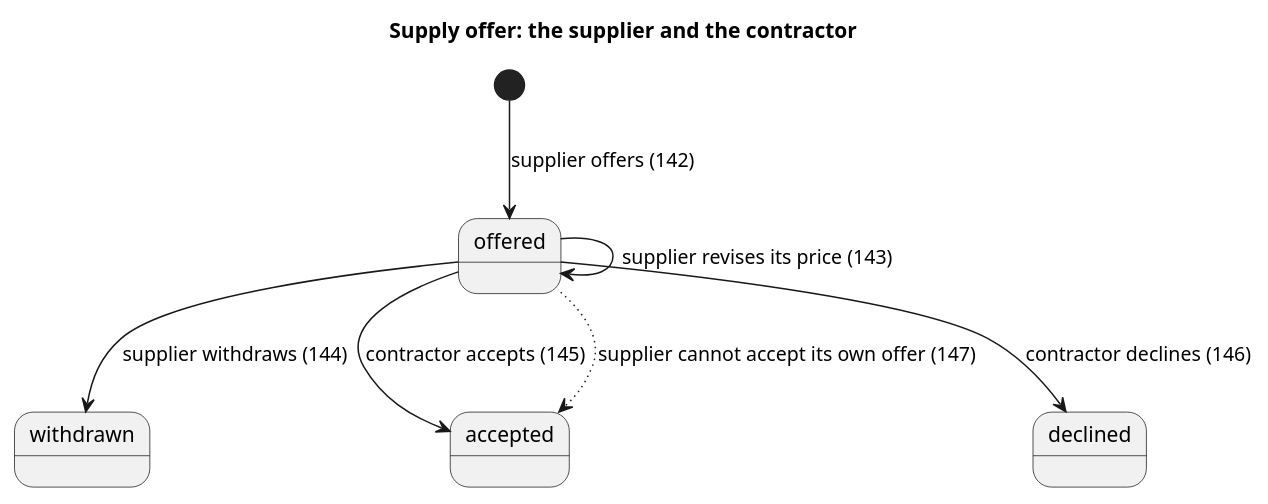
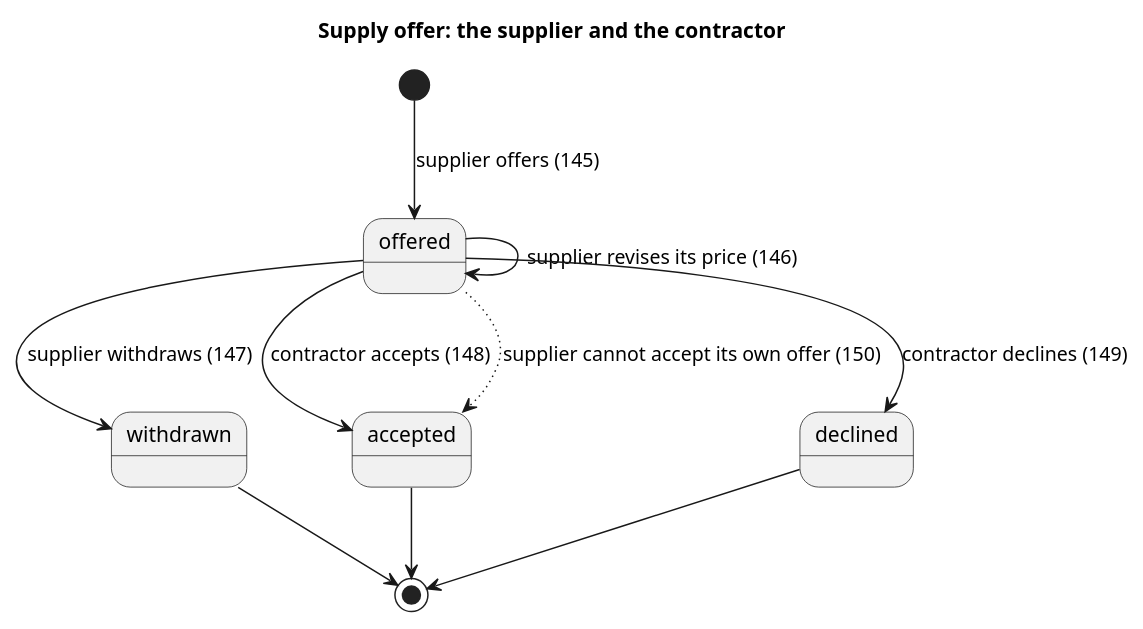
Before and after one commit to blueshed/dzql: the diagram in uml/londons/src/supply-offer.puml, drawn with PlantUML. The commit also changed 10 other files, not shown here.

```diff
--- a/uml/londons/src/supply-offer.puml
+++ b/uml/londons/src/supply-offer.puml
@@ -1,9 +1,12 @@
 @startuml
 title Supply offer: the supplier and the contractor
-[*] --> offered : supplier offers (142)
-offered --> offered : supplier revises its price (143)
-offered --> withdrawn : supplier withdraws (144)
-offered --> accepted : contractor accepts (145)
-offered --> declined : contractor declines (146)
-offered -[dotted]-> accepted : supplier cannot accept its own offer (147)
+[*] --> offered : supplier offers (145)
+offered --> offered : supplier revises its price (146)
+offered --> withdrawn : supplier withdraws (147)
+offered --> accepted : contractor accepts (148)
+offered --> declined : contractor declines (149)
+offered -[dotted]-> accepted : supplier cannot accept its own offer (150)
+withdrawn --> [*]
+accepted --> [*]
+declined --> [*]
 @enduml
```
